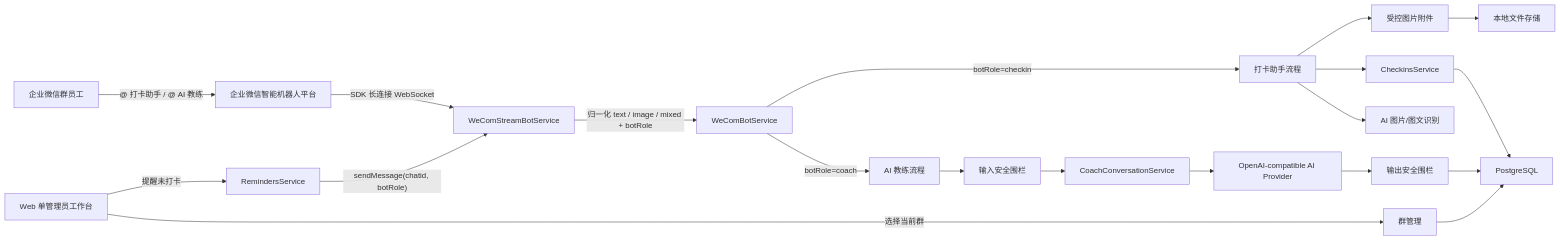
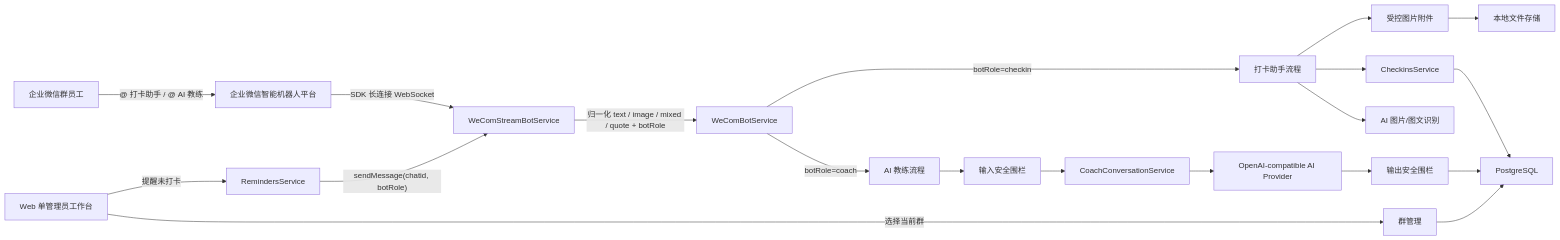
One commit to RossiLc/Project-AI-Fitness-Coach changed the first of 7 diagrams in docs/知识库/机器人架构与流程图.md. Above: the diagram before and after it, drawn with Mermaid. The commit also changed other lines of this file and 10 other files, not shown here.

````diff
--- a/docs/知识库/机器人架构与流程图.md
+++ b/docs/知识库/机器人架构与流程图.md
@@ -7,26 +7,26 @@
 ```mermaid
 flowchart LR
   Employee["企业微信群员工"] -->|"@ 打卡助手 / @ AI 教练"| WeCom["企业微信智能机器人平台"]
   WeCom -->|"SDK 长连接 WebSocket"| Stream["WeComStreamBotService"]
-  Stream -->|"归一化 text / image / mixed + botRole"| Bot["WeComBotService"]
+  Stream -->|"归一化 text / image / mixed / quote + botRole"| Bot["WeComBotService"]
 
   Bot -->|"botRole=checkin"| CheckinFlow["打卡助手流程"]
   Bot -->|"botRole=coach"| CoachFlow["AI 教练流程"]
 
   CheckinFlow --> Attachments["受控图片附件"]
   CheckinFlow --> Checkins["CheckinsService"]
   CheckinFlow --> AiVision["AI 图片/图文识别"]
   Checkins --> DB["PostgreSQL"]
   Attachments --> Storage["本地文件存储"]
 
   CoachFlow --> GuardrailIn["输入安全围栏"]
   GuardrailIn --> Conversation["CoachConversationService"]
   Conversation --> AiProvider["OpenAI-compatible AI Provider"]
   AiProvider --> GuardrailOut["输出安全围栏"]
   GuardrailOut --> DB
 
   Admin["Web 单管理员工作台"] -->|"选择当前群"| Groups["群管理"]
   Groups --> DB
   Admin -->|"提醒未打卡"| Reminder["RemindersService"]
   Reminder -->|"sendMessage(chatid, botRole)"| Stream
 ```
````
